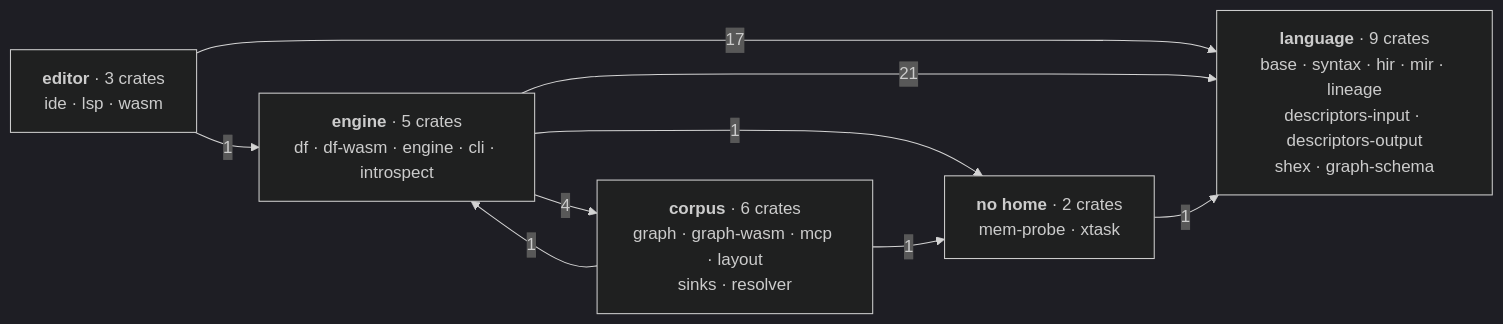
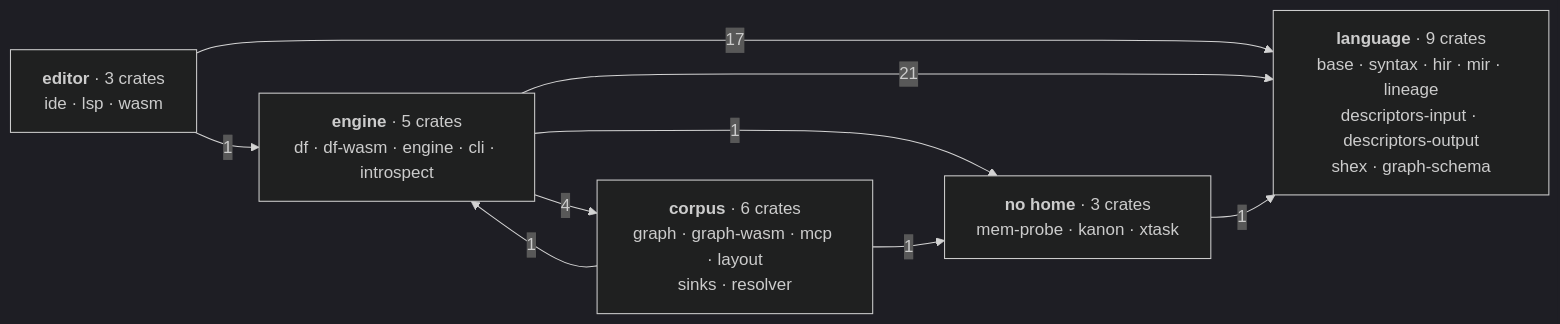
Before and after one commit to Kanzo-Tech/fossil-lang: the first of 4 diagrams in apps/docs/content/docs/(root)/architecture.mdx, drawn with Mermaid (dark theme). The commit also changed other lines of this file and 4 other files, not shown here.

````diff
--- a/apps/docs/content/docs/(root)/architecture.mdx
+++ b/apps/docs/content/docs/(root)/architecture.mdx
@@ -14,17 +14,17 @@
 ```mermaid
 graph LR
   L["<b>language</b> · 9 crates<br/>base · syntax · hir · mir · lineage<br/>descriptors-input · descriptors-output<br/>shex · graph-schema"]
   E["<b>editor</b> · 3 crates<br/>ide · lsp · wasm"]
   M["<b>engine</b> · 5 crates<br/>df · df-wasm · engine · cli · introspect"]
   C["<b>corpus</b> · 6 crates<br/>graph · graph-wasm · mcp · layout<br/>sinks · resolver"]
-  X["<b>no home</b> · 2 crates<br/>mem-probe · xtask"]
+  X["<b>no home</b> · 3 crates<br/>mem-probe · kanon · xtask"]
 
   E -->|17| L
   E -->|1| M
   M -->|21| L
   M -->|4| C
   C -->|1| M
   X -->|1| L
   M -->|1| X
   C -->|1| X
 ```
````
